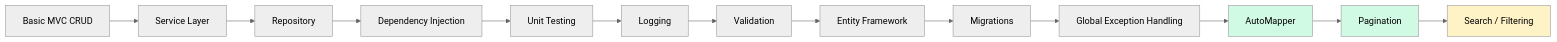
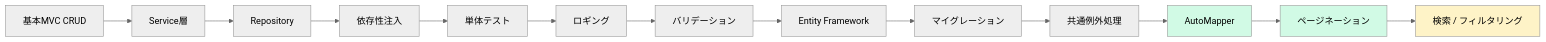
Before and after one commit to lemonwasp/dotnet-study: the second of 4 diagrams in README.ja.md, drawn with Mermaid (neutral theme). The commit also changed other lines of this file, not shown here.

````diff
--- a/README.ja.md
+++ b/README.ja.md
@@ -113,20 +113,20 @@
 ```mermaid
 flowchart LR
-    A["Basic MVC CRUD"]
-    --> B["Service Layer"]
+    A["基本MVC CRUD"]
+    --> B["Service層"]
     --> C["Repository"]
-    --> D["Dependency Injection"]
-    --> E["Unit Testing"]
-    --> F["Logging"]
-    --> G["Validation"]
+    --> D["依存性注入"]
+    --> E["単体テスト"]
+    --> F["ロギング"]
+    --> G["バリデーション"]
     --> H["Entity Framework"]
-    --> I["Migrations"]
-    --> J["Global Exception Handling"]
+    --> I["マイグレーション"]
+    --> J["共通例外処理"]
     --> K["AutoMapper"]
-    --> L["Pagination"]
-    --> M["Search / Filtering"]
+    --> L["ページネーション"]
+    --> M["検索 / フィルタリング"]
 
     style K fill:#d1fae5
     style L fill:#d1fae5
     style M fill:#fef3c7
 ```
````
